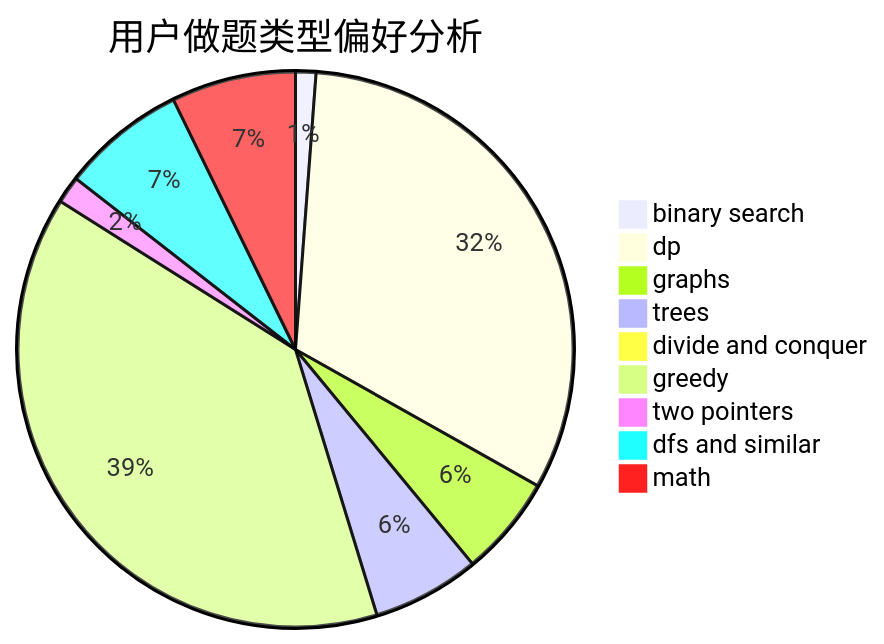
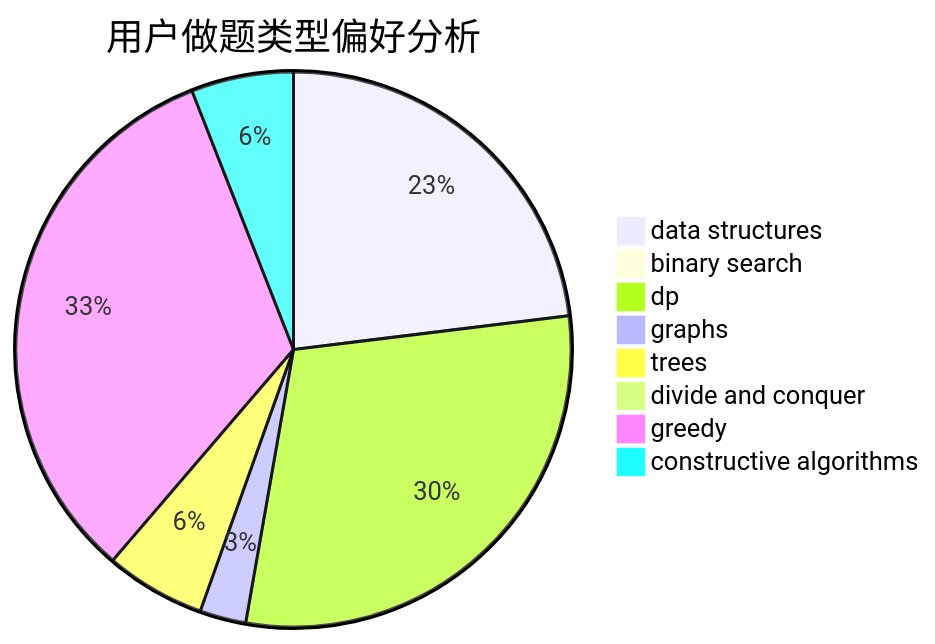
The second of 3 diagrams in docs/user/u1608.md (sherpahu/cfrs.github.io), drawn with Mermaid before and after one commit. The commit also changed other lines of this file and 2775 other files, not shown here.

````diff
--- a/docs/user/u1608.md
+++ b/docs/user/u1608.md
@@ -23,12 +23,11 @@
 ```mermaid
 pie title 用户做题类型偏好分析
-    "binary search" :  18
-    "dp" :  486
-    "graphs" :  89
-    "trees" :  95
+    "data structures" :  368
+    "binary search" :  4
+    "dp" :  474
+    "graphs" :  43
+    "trees" :  93
     "divide and conquer" :  0
-    "greedy" :  588
-    "two pointers" :  24
-    "dfs and similar" :  110
-    "math" :  110
+    "greedy" :  523
+    "constructive algorithms" :  95
 ```
````
